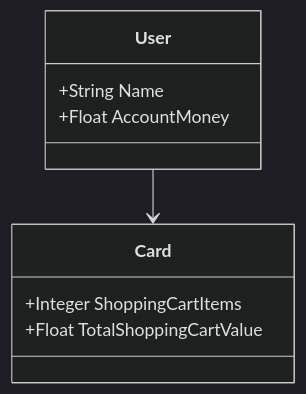
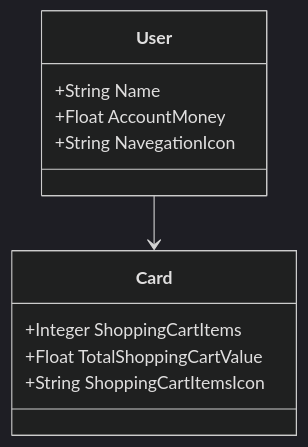
Before and after one commit to leoIribarne/santander-dev-week-2023: the diagram in README.md, drawn with Mermaid (dark theme).

````diff
--- a/README.md
+++ b/README.md
@@ -1,14 +1,17 @@
 ```mermaid
 classDiagram
     class User {
         +String Name
         +Float AccountMoney
+        +String NavegationIcon
     }
 
     class Card {
         +Integer ShoppingCartItems
         +Float TotalShoppingCartValue
+        +String ShoppingCartItemsIcon
     }
 
+  
     User --> Card : 
 ```
````
